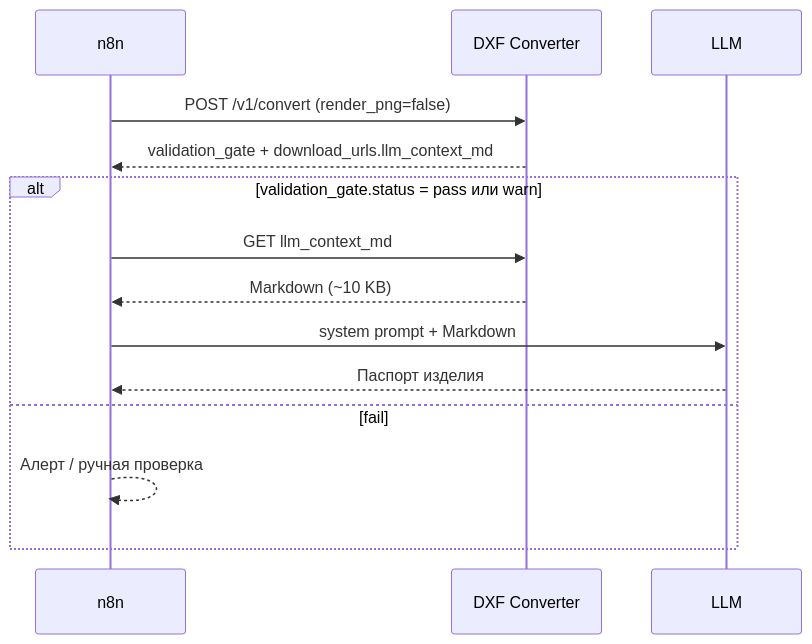
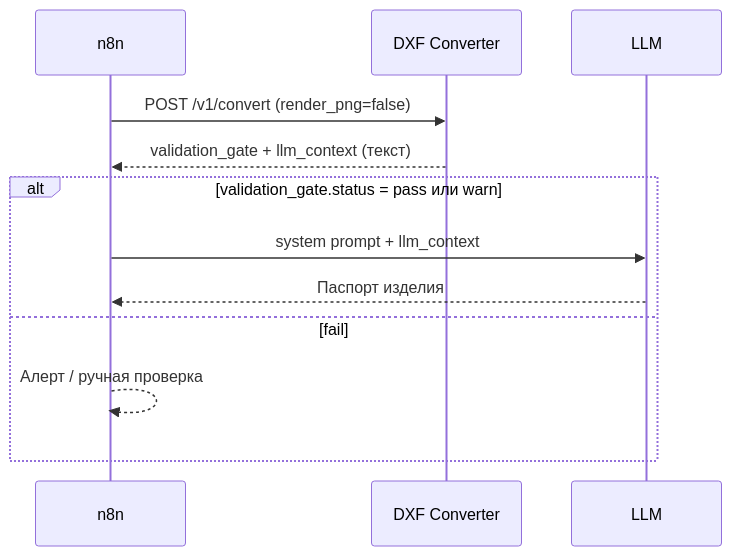
One commit to MikhailGerasimenko/drawing_severstal- changed the second of 2 diagrams in API.md. Above: the diagram before and after it, drawn with Mermaid. The commit also changed other lines of this file and 4 other files, not shown here.

First line of the commit message:
Return LLM Markdown as inline text instead of a separate file.

````diff
--- a/API.md
+++ b/API.md
@@ -126,17 +125,15 @@
 ```mermaid
 sequenceDiagram
   participant n8n
   participant API as DXF Converter
   participant LLM
 
   n8n->>API: POST /v1/convert (render_png=false)
-  API-->>n8n: validation_gate + download_urls.llm_context_md
+  API-->>n8n: validation_gate + llm_context (текст)
   alt validation_gate.status = pass или warn
-    n8n->>API: GET llm_context_md
-    API-->>n8n: Markdown (~10 KB)
-    n8n->>LLM: system prompt + Markdown
+    n8n->>LLM: system prompt + llm_context
     LLM-->>n8n: Паспорт изделия
   else fail
     n8n-->>n8n: Алерт / ручная проверка
   end
 ```
````
